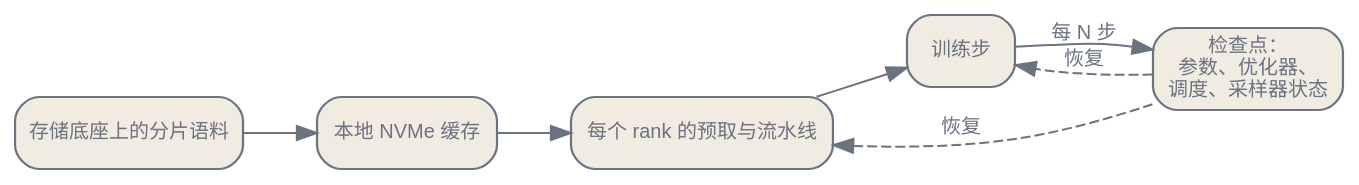
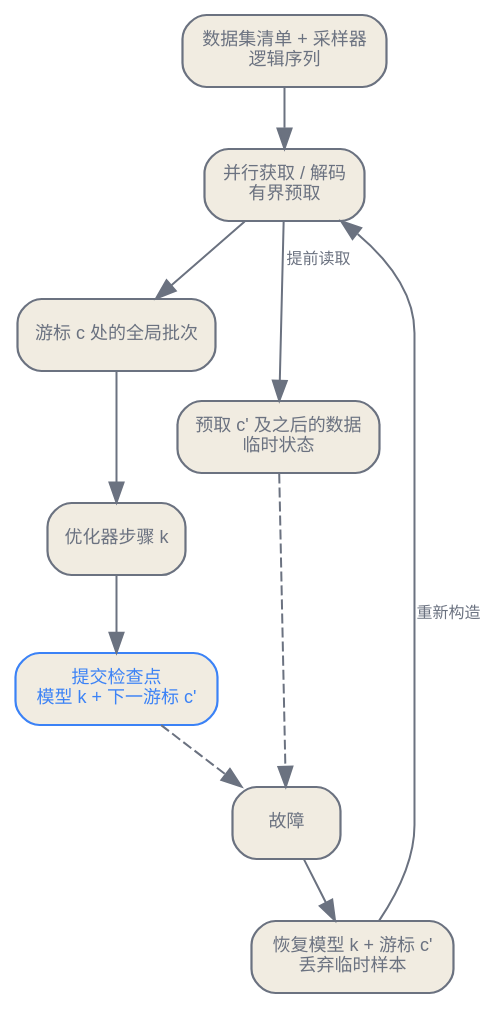
One commit to latere-ai/ai-as-an-infrastructure changed the third of 3 diagrams in zh/infrastructure/04-orchestration-data-infra.qmd. Above: the diagram before and after it, drawn with Graphviz. The commit also changed other lines of this file and 2 other files, not shown here.

Commit message:
docs: rewrite Chinese orchestration chapter

````diff
--- a/zh/infrastructure/04-orchestration-data-infra.qmd
+++ b/zh/infrastructure/04-orchestration-data-infra.qmd
@@ -154,24 +320,28 @@
 ```{dot}
-//| label: fig-orchestration-dataplane
-//| fig-cap: "数据层通过本地缓存从分片存储为每个 rank 供给数据，而检查点捕获采样器状态，使一次恢复续上完全相同的数据顺序。"
+//| label: fig-orchestration-data-resume
+//| fig-cap: "模型状态与已提交的数据游标一同推进。预取工作仍是临时状态，回滚后应丢弃或重新构造。"
 digraph {
   bgcolor="transparent";
-  rankdir=LR;
-  nodesep=0.4; ranksep=0.5;
-  node [shape=box, style="rounded,filled", fontname="Helvetica", fontsize=10, color="#6b7280", fontcolor="#6b7280", fillcolor="#f1ece1", penwidth=1.1];
-  edge [fontsize=10, fontname="Helvetica", color="#6b7280", fontcolor="#6b7280"];
+  rankdir=TB;
+  nodesep=0.30; ranksep=0.42;
+  node [shape=box, style="rounded,filled", fontname="Helvetica", fontsize=9,
+        color="#6b7280", fontcolor="#6b7280", fillcolor="#f1ece1", penwidth=1.1];
+  edge [fontname="Helvetica", fontsize=8, color="#6b7280", fontcolor="#6b7280"];
 
-  S [label="存储底座上的分片语料"];
-  C [label="本地 NVMe 缓存"];
-  P [label="每个 rank 的预取与流水线"];
-  T [label="训练步"];
-  K [label="检查点：\n参数、优化器、\n调度、采样器状态"];
+  manifest [label="数据集清单 + 采样器\n逻辑序列"];
+  fetch [label="并行获取 / 解码\n有界预取"];
+  batch [label="游标 c 处的全局批次"];
+  step [label="优化器步骤 k"];
+  commit [label="提交检查点\n模型 k + 下一游标 c'", color="#3b82f6", fontcolor="#3b82f6"];
+  ahead [label="预取 c' 及之后的数据\n临时状态"];
+  failure [label="故障"];
+  restore [label="恢复模型 k + 游标 c'\n丢弃临时样本"];
 
-  S -> C;
-  C -> P;
-  P -> T;
-  T -> K [label="每 N 步"];
-  K -> P [style=dashed, label="恢复"];
-  K -> T [style=dashed, label="恢复"];
+  manifest -> fetch -> batch -> step -> commit;
+  fetch -> ahead [label="提前读取"];
+  commit -> failure [style=dashed];
+  ahead -> failure [style=dashed];
+  failure -> restore;
+  restore -> fetch [label="重新构造"];
 }
 ```
````
